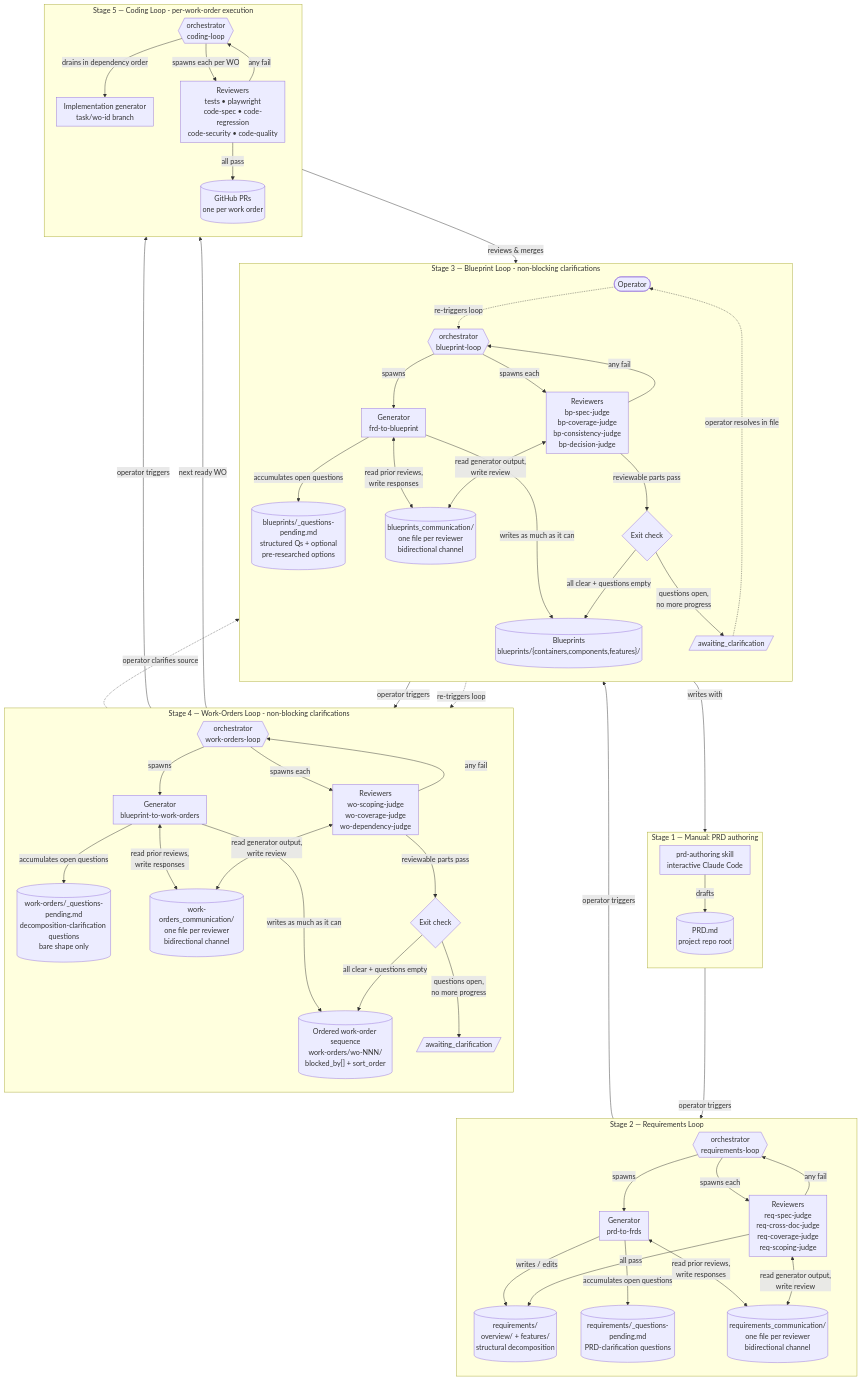
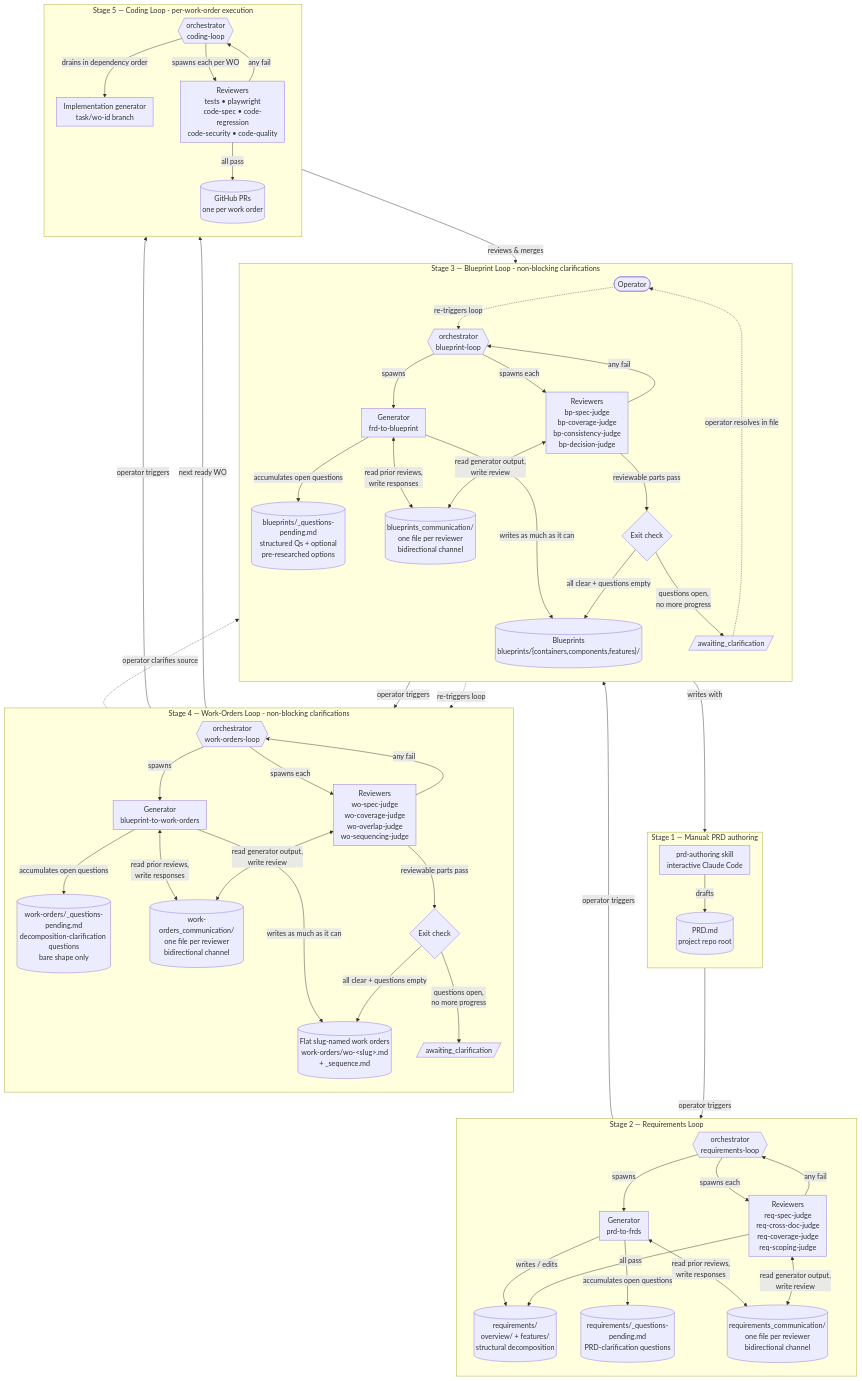
Before and after one commit to ribhav99/coding_harness: the second of 2 diagrams in BLUEPRINT.md, drawn with Mermaid. The commit also changed other lines of this file and 19 other files, not shown here.

First line of the commit message:
work-orders loop: flat slug-named files, _sequence.md, four judges, operator-action

```diff
--- a/BLUEPRINT.md
+++ b/BLUEPRINT.md
@@ -117,9 +117,9 @@
       OrchWO{{orchestrator<br/>work-orders-loop}}
       GenWO[Generator<br/>blueprint-to-work-orders]
       QFileWO[("work-orders/_questions-pending.md<br/>decomposition-clarification questions<br/>bare shape only")]
-      RevWO["Reviewers<br/>wo-scoping-judge<br/>wo-coverage-judge<br/>wo-dependency-judge"]
+      RevWO["Reviewers<br/>wo-spec-judge<br/>wo-coverage-judge<br/>wo-overlap-judge<br/>wo-sequencing-judge"]
       CommWO[("work-orders_communication/<br/>one file per reviewer<br/>bidirectional channel")]
-      WOs[("Ordered work-order sequence<br/>work-orders/wo-NNN/<br/>blocked_by[] + sort_order")]
+      WOs[("Flat slug-named work orders<br/>work-orders/wo-&lt;slug&gt;.md<br/>+ _sequence.md")]
       ExitWO{Exit check}
       OrchWO -->|spawns| GenWO
       GenWO -->|writes as much as it can| WOs
```
